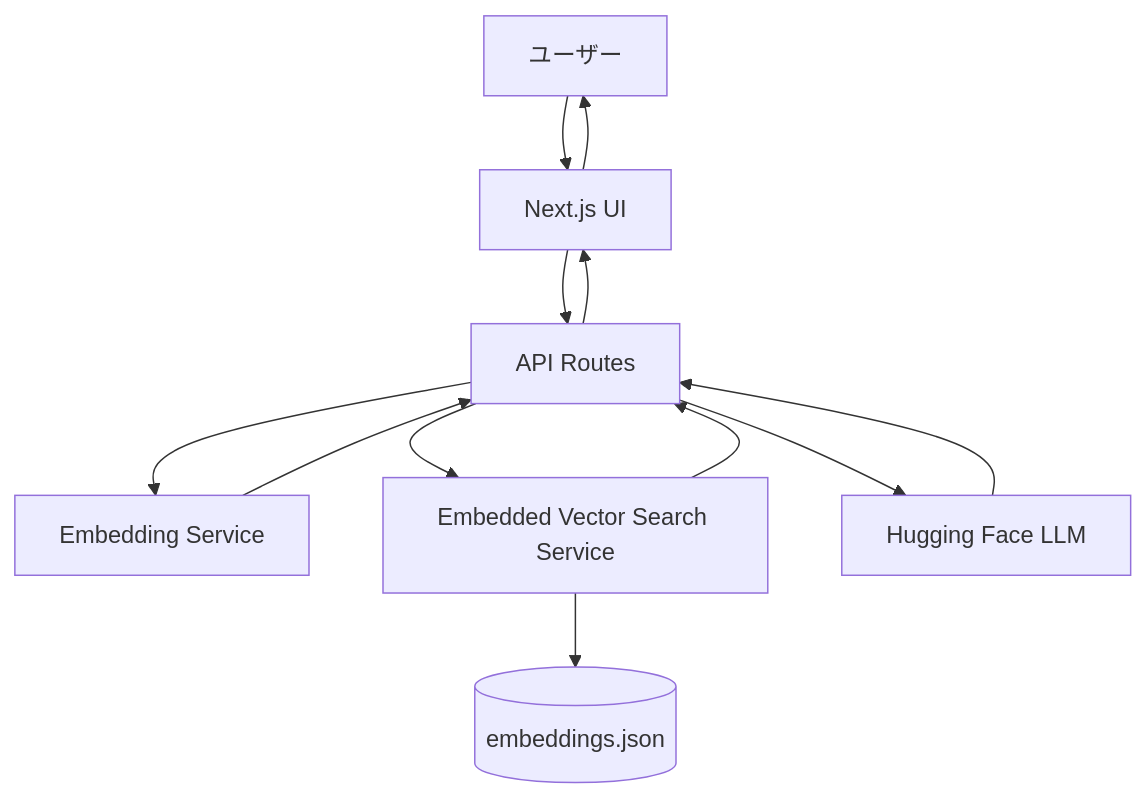
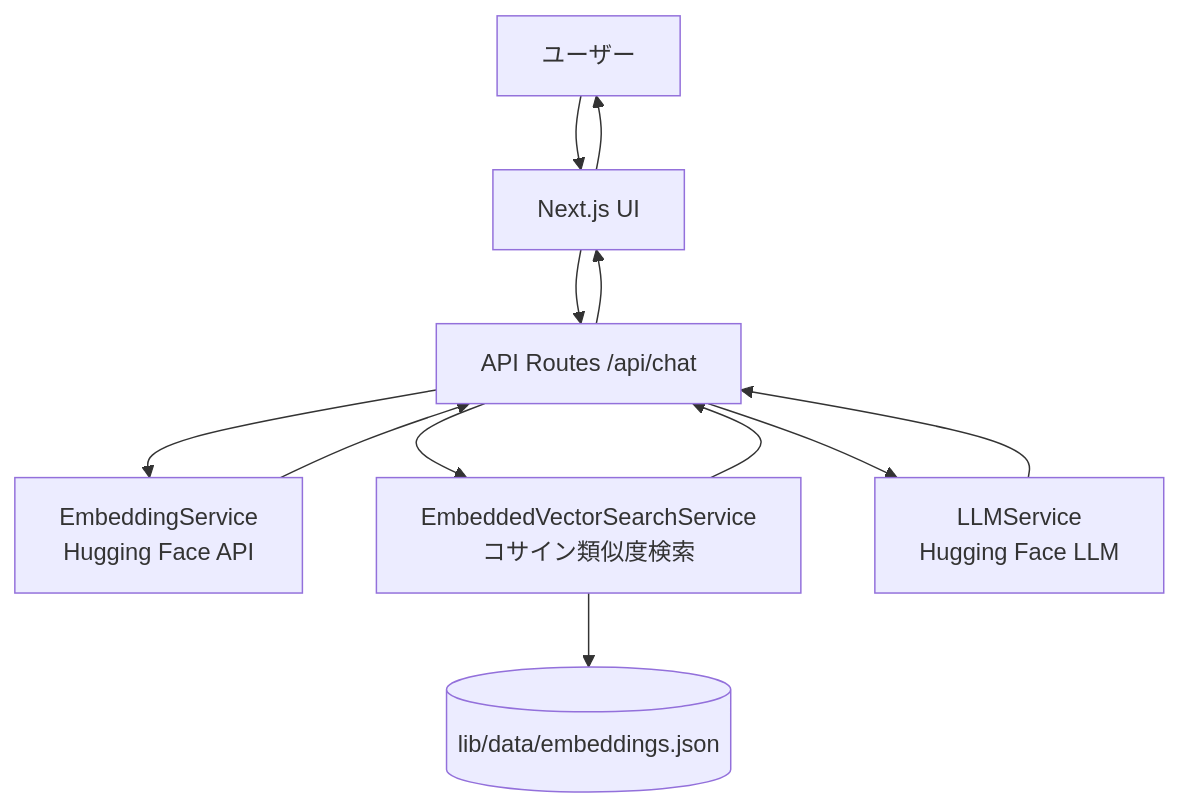
Before and after one commit to tikomosoftware/AIChatWeb2: the second of 3 diagrams in .kiro/specs/ai-chatbot/design.md, drawn with Mermaid. The commit also changed other lines of this file and 4 other files, not shown here.

````diff
--- a/.kiro/specs/ai-chatbot/design.md
+++ b/.kiro/specs/ai-chatbot/design.md
@@ -47,15 +49,15 @@
 ```mermaid
 graph TB
     User[ユーザー] --> UI[Next.js UI]
-    UI --> API[API Routes]
-    API --> Embedding[Embedding Service]
-    API --> VectorSearch[Embedded Vector Search Service]
-    API --> LLM[Hugging Face LLM]
+    UI --> API[API Routes /api/chat]
+    API --> Embedding[EmbeddingService<br/>Hugging Face API]
+    API --> VectorSearch[EmbeddedVectorSearchService<br/>コサイン類似度検索]
+    API --> LLM[LLMService<br/>Hugging Face LLM]
     
-    VectorSearch --> JSON[(embeddings.json)]
+    VectorSearch --> JSON[(lib/data/embeddings.json)]
     Embedding --> API
     VectorSearch --> API
     LLM --> API
     API --> UI
     UI --> User
 ```
````
